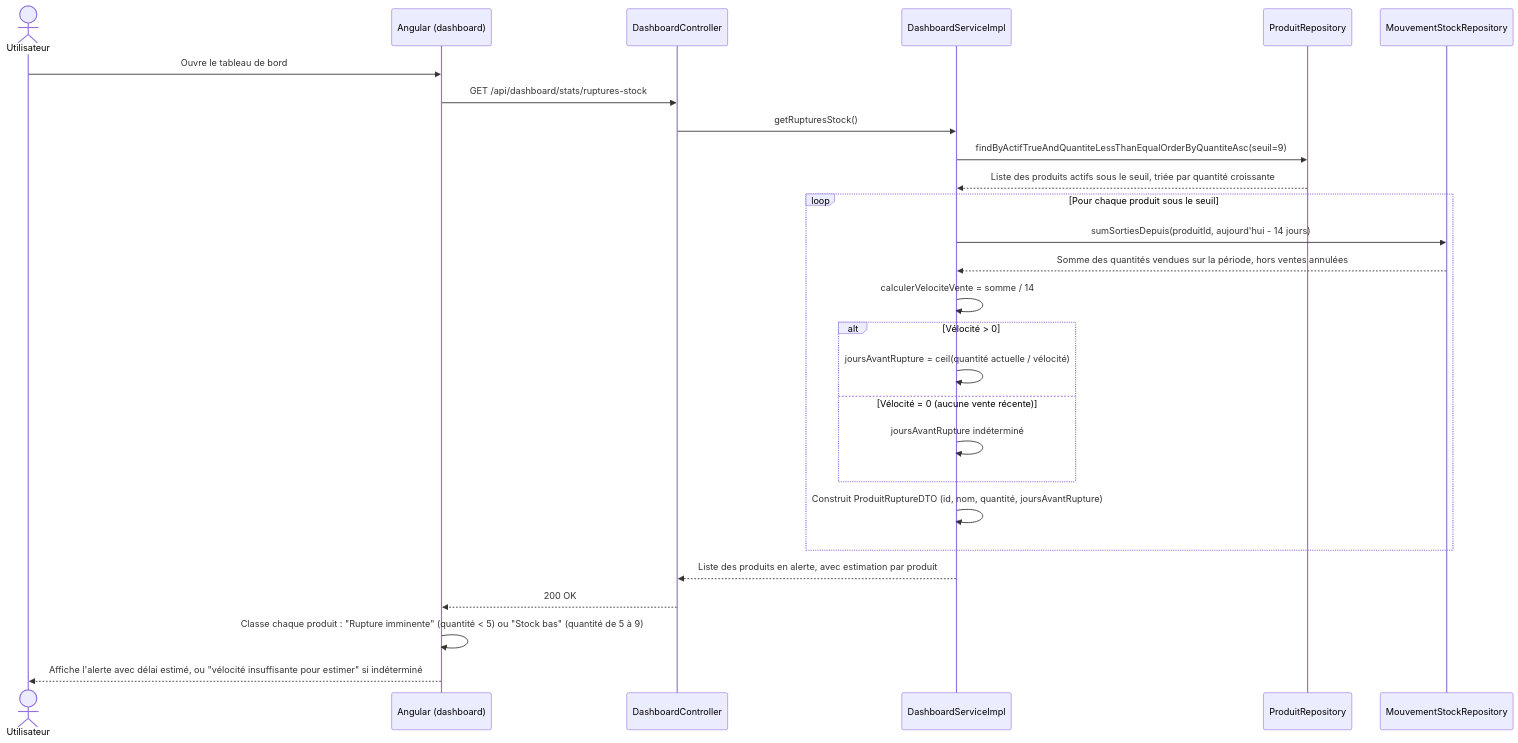
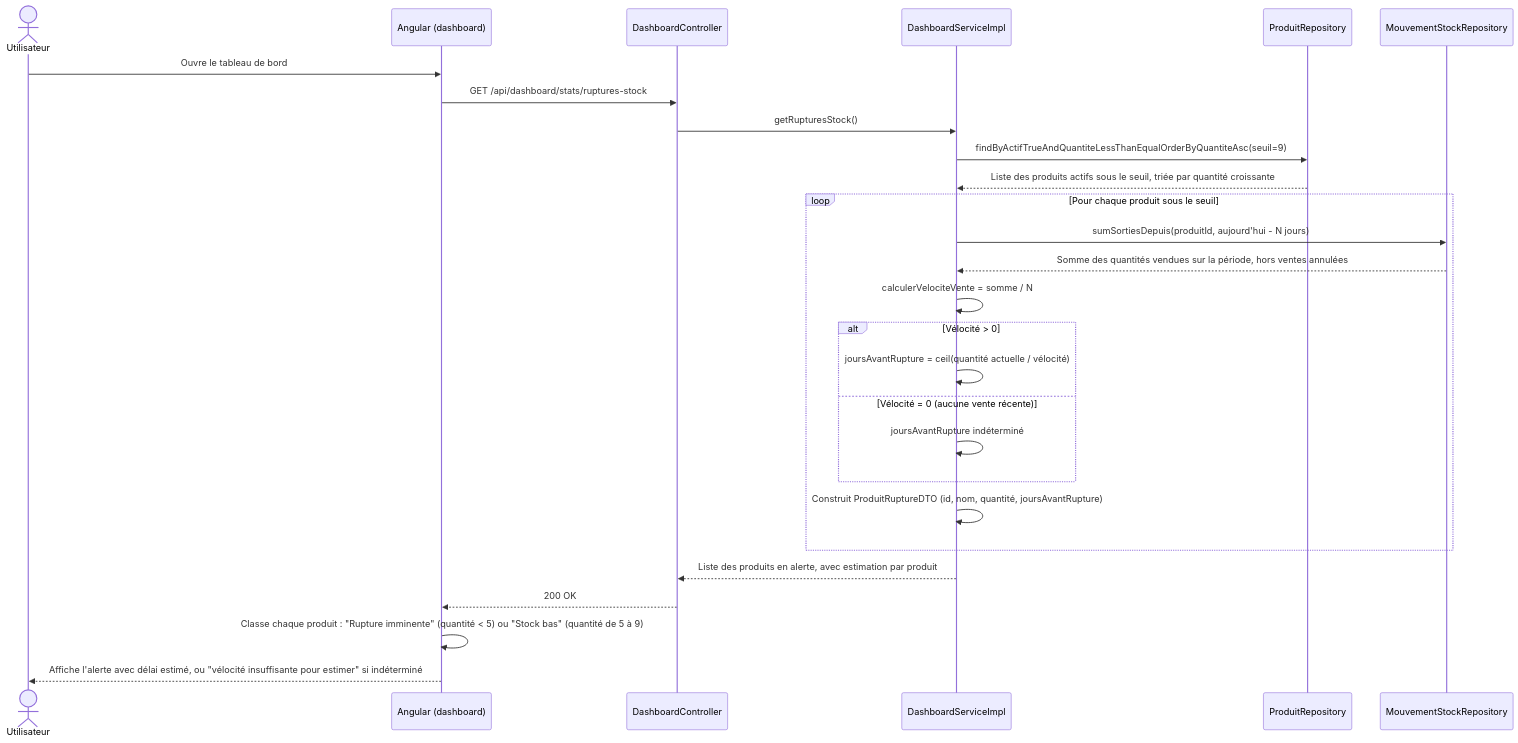
The eighth of 12 diagrams in docs/documentation-technique.md (meitekounaditeguera/GestionCommerciale), drawn with Mermaid before and after one commit. The commit also changed other lines of this file and 1 other file, not shown here.

Commit message:
docs: documente VELOCITE_FENETRE_JOURS et met à jour le nombre de tests

````diff
--- a/docs/documentation-technique.md
+++ b/docs/documentation-technique.md
@@ -510,32 +510,32 @@
 ```mermaid
 sequenceDiagram
     actor Utilisateur
     participant UI as Angular (dashboard)
     participant DC as DashboardController
     participant DS as DashboardServiceImpl
     participant PR as ProduitRepository
     participant MSR as MouvementStockRepository
 
     Utilisateur->>UI: Ouvre le tableau de bord
     UI->>DC: GET /api/dashboard/stats/ruptures-stock
     DC->>DS: getRupturesStock()
     DS->>PR: findByActifTrueAndQuantiteLessThanEqualOrderByQuantiteAsc(seuil=9)
     PR-->>DS: Liste des produits actifs sous le seuil, triée par quantité croissante
 
     loop Pour chaque produit sous le seuil
-        DS->>MSR: sumSortiesDepuis(produitId, aujourd'hui - 14 jours)
+        DS->>MSR: sumSortiesDepuis(produitId, aujourd'hui - N jours)
         MSR-->>DS: Somme des quantités vendues sur la période, hors ventes annulées
-        DS->>DS: calculerVelociteVente = somme / 14
+        DS->>DS: calculerVelociteVente = somme / N
         alt Vélocité > 0
             DS->>DS: joursAvantRupture = ceil(quantité actuelle / vélocité)
         else Vélocité = 0 (aucune vente récente)
             DS->>DS: joursAvantRupture indéterminé
         end
         DS->>DS: Construit ProduitRuptureDTO (id, nom, quantité, joursAvantRupture)
     end
 
     DS-->>DC: Liste des produits en alerte, avec estimation par produit
     DC-->>UI: 200 OK
     UI->>UI: Classe chaque produit : "Rupture imminente" (quantité < 5) ou "Stock bas" (quantité de 5 à 9)
     UI-->>Utilisateur: Affiche l'alerte avec délai estimé, ou "vélocité insuffisante pour estimer" si indéterminé
 ```
````
